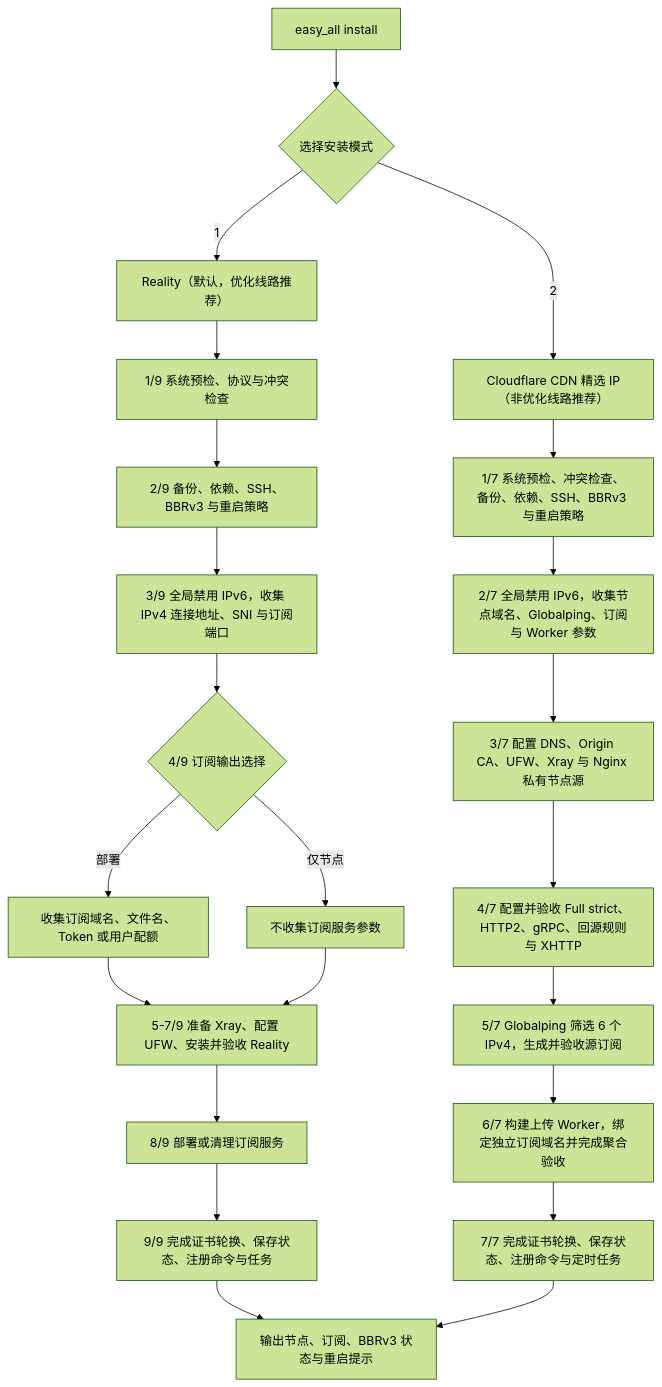
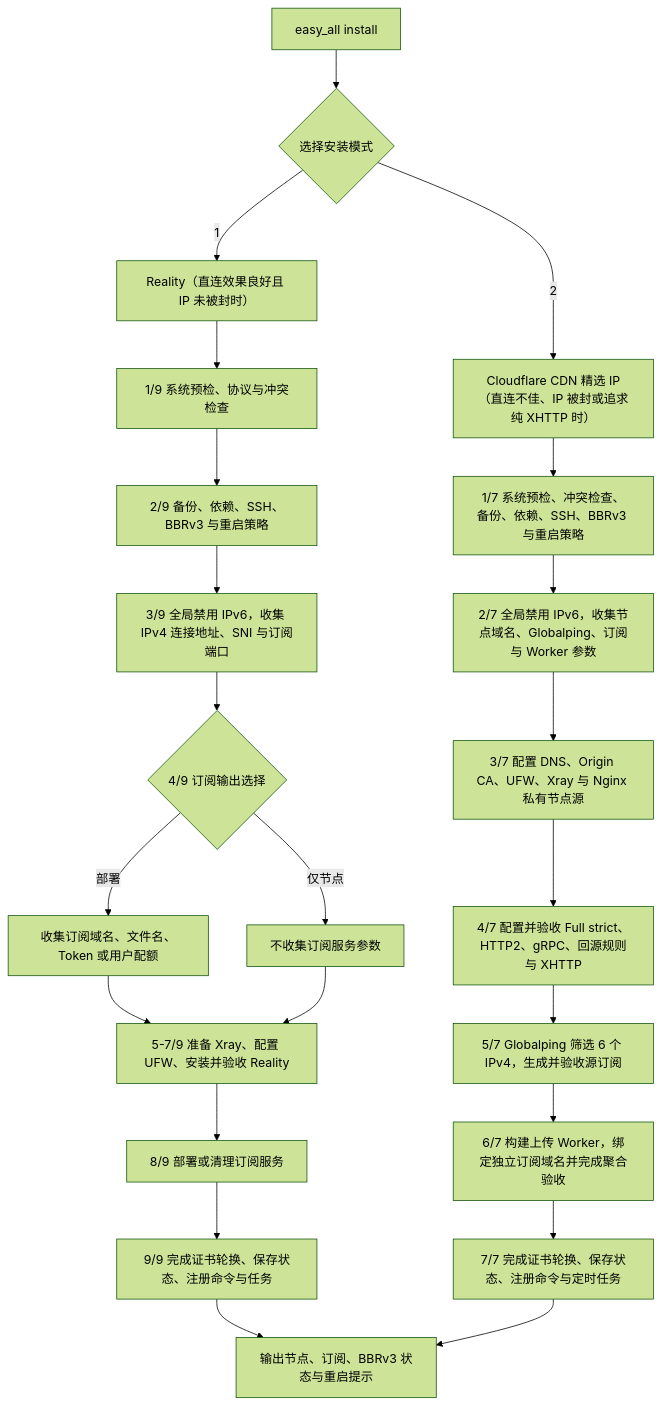
The diagram in README.md (v2yiz/easy_all), drawn with Mermaid (forest theme) before and after one commit. The commit also changed other lines of this file and 4 other files, not shown here.

Commit message:
docs: clarify Cloudflare XHTTP mode selection

````diff
--- a/README.md
+++ b/README.md
@@ -273,27 +274,27 @@
 ```mermaid
 graph TD
     A["easy_all install"] --> B{"选择安装模式"}
 
-    B -->|1| R0["Reality（默认，优化线路推荐）"]
+    B -->|1| R0["Reality（直连效果良好且 IP 未被封时）"]
     R0 --> R1["1/9 系统预检、协议与冲突检查"]
     R1 --> R2["2/9 备份、依赖、SSH、BBRv3 与重启策略"]
     R2 --> R3["3/9 全局禁用 IPv6，收集 IPv4 连接地址、SNI 与订阅端口"]
     R3 --> R4{"4/9 订阅输出选择"}
     R4 -->|部署| R5["收集订阅域名、文件名、Token 或用户配额"]
     R4 -->|仅节点| R6["不收集订阅服务参数"]
     R5 --> R7["5-7/9 准备 Xray、配置 UFW、安装并验收 Reality"]
     R6 --> R7
     R7 --> R8["8/9 部署或清理订阅服务"]
     R8 --> R9["9/9 完成证书轮换、保存状态、注册命令与任务"]
     R9 --> Z["输出节点、订阅、BBRv3 状态与重启提示"]
 
-    B -->|2| C0["Cloudflare CDN 精选 IP（非优化线路推荐）"]
+    B -->|2| C0["Cloudflare CDN 精选 IP（直连不佳、IP 被封或追求纯 XHTTP 时）"]
     C0 --> C1["1/7 系统预检、冲突检查、备份、依赖、SSH、BBRv3 与重启策略"]
     C1 --> C2["2/7 全局禁用 IPv6，收集节点域名、Globalping、订阅与 Worker 参数"]
     C2 --> C3["3/7 配置 DNS、Origin CA、UFW、Xray 与 Nginx 私有节点源"]
     C3 --> C4["4/7 配置并验收 Full strict、HTTP2、gRPC、回源规则与 XHTTP"]
     C4 --> C5["5/7 Globalping 筛选 6 个 IPv4，生成并验收源订阅"]
     C5 --> C6["6/7 构建上传 Worker，绑定独立订阅域名并完成聚合验收"]
     C6 --> C7["7/7 完成证书轮换、保存状态、注册命令与定时任务"]
     C7 --> Z
 ```
````
